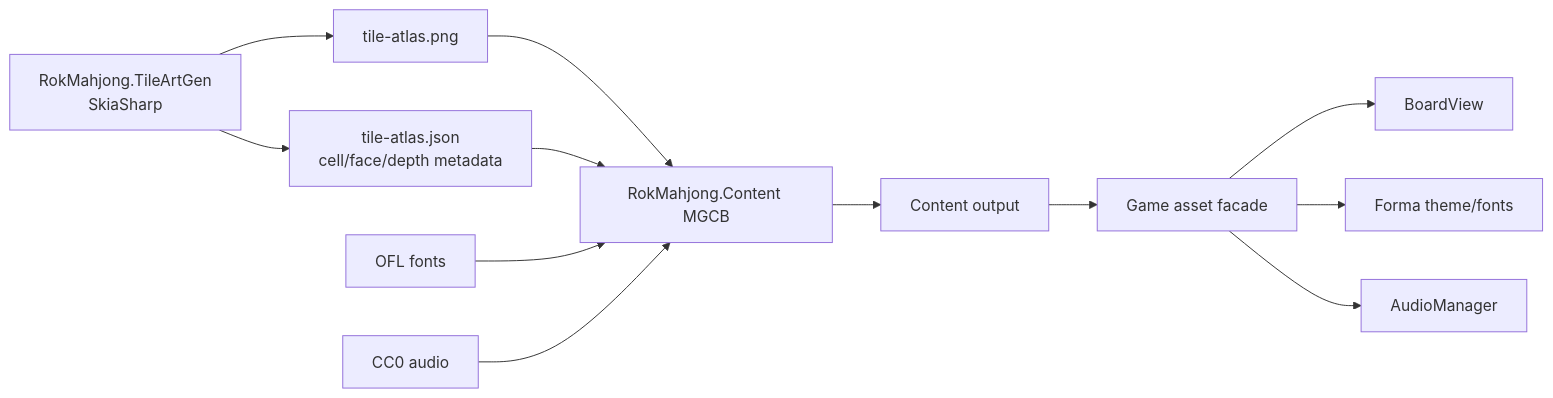
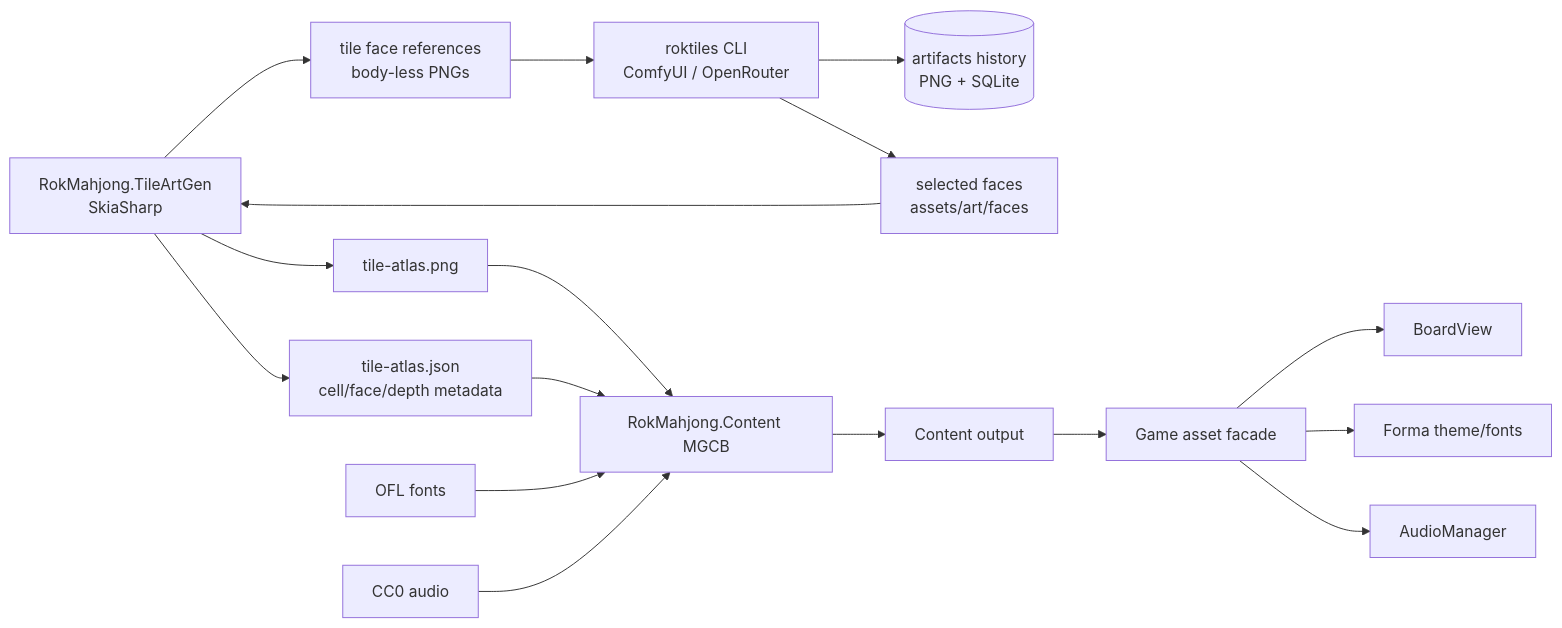
One commit to zigrok/RokMahjong changed the tenth of 10 diagrams in docs/architecture.md. Above: the diagram before and after it, drawn with Mermaid. The commit also changed other lines of this file and 68 other files, not shown here.

First line of the commit message:
feat(tiles): add local-first tile face generation pipeline

````diff
--- a/docs/architecture.md
+++ b/docs/architecture.md
@@ -393,14 +393,19 @@
 ```mermaid
 flowchart LR
-    artTool[RokMahjong.TileArtGen<br/>SkiaSharp] --> atlasPng[tile-atlas.png]
+    artTool[RokMahjong.TileArtGen<br/>SkiaSharp] --> reference[tile face references<br/>body-less PNGs]
+    reference --> pipeline[roktiles CLI<br/>ComfyUI / OpenRouter]
+    pipeline --> history[(artifacts history<br/>PNG + SQLite)]
+    pipeline --> selected[selected faces<br/>assets/art/faces]
+    selected --> artTool
+    artTool --> atlasPng[tile-atlas.png]
     artTool --> atlasJson[tile-atlas.json<br/>cell/face/depth metadata]
     atlasPng --> mgcb[RokMahjong.Content MGCB]
     atlasJson --> mgcb
     fonts[OFL fonts] --> mgcb
     audio[CC0 audio] --> mgcb
     mgcb --> xnb[Content output]
     xnb --> assets[Game asset facade]
     assets --> board[BoardView]
     assets --> ui[Forma theme/fonts]
     assets --> audioMgr[AudioManager]
 ```
````
